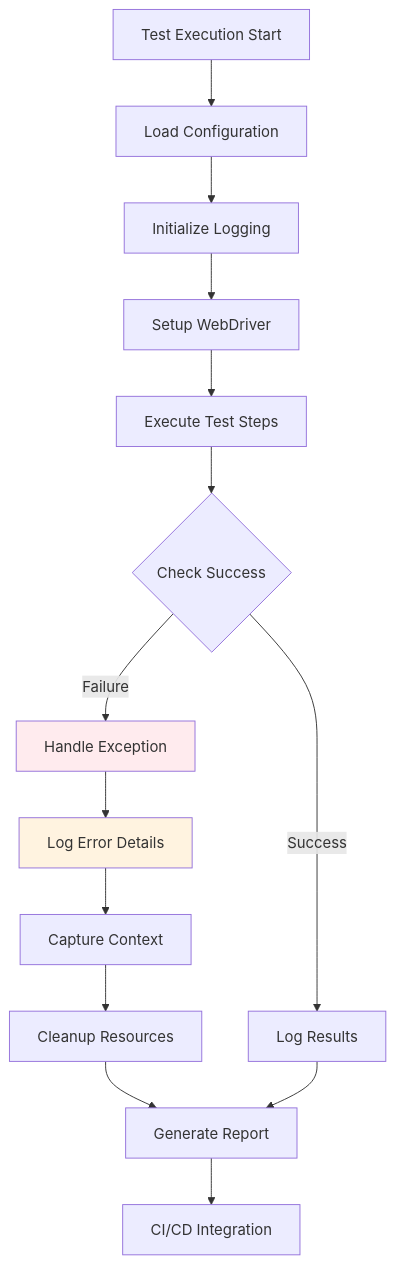
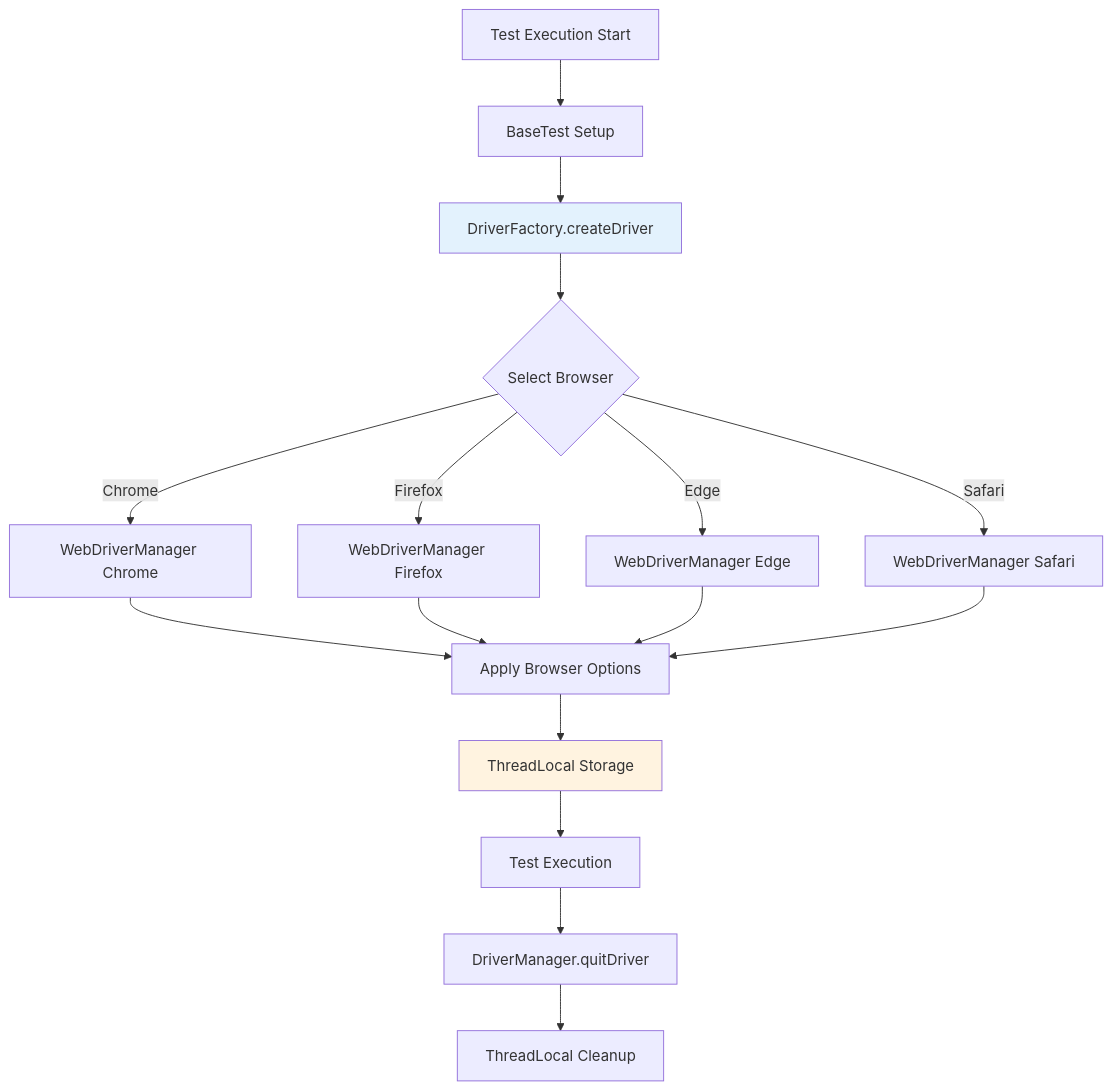
One commit to Anuj-Patiyal/hybrid-framework changed the third of 11 diagrams in README.md. Above: the diagram before and after it, drawn with Mermaid. The commit also changed other lines of this file and 11 other files, not shown here.

````diff
--- a/README.md
+++ b/README.md
@@ -104,22 +110,24 @@
 ```mermaid
 flowchart TD
-    A[Test Execution Start] --> B[Load Configuration]
-    B --> C[Initialize Logging]
-    C --> D[Setup WebDriver]
-    D --> E[Execute Test Steps]
-    E --> F{Check Success}
+    A[Test Execution Start] --> B[BaseTest Setup]
+    B --> C[DriverFactory.createDriver]
+    C --> D{Select Browser}
     
-    F -->|Success| G[Log Results]
-    F -->|Failure| H[Handle Exception]
+    D -->|Chrome| E[WebDriverManager Chrome]
+    D -->|Firefox| F[WebDriverManager Firefox]
+    D -->|Edge| G[WebDriverManager Edge]
+    D -->|Safari| H[WebDriverManager Safari]
     
-    H --> I[Log Error Details]
-    I --> J[Capture Context]
-    J --> K[Cleanup Resources]
-    K --> L[Generate Report]
+    E --> I[Apply Browser Options]
+    F --> I
+    G --> I
+    H --> I
     
-    G --> L
-    L --> M[CI/CD Integration]
+    I --> J[ThreadLocal Storage]
+    J --> K[Test Execution]
+    K --> L[DriverManager.quitDriver]
+    L --> M[ThreadLocal Cleanup]
     
-    style H fill:#ffebee
-    style I fill:#fff3e0
+    style C fill:#e3f2fd
+    style J fill:#fff3e0
 ```
````
